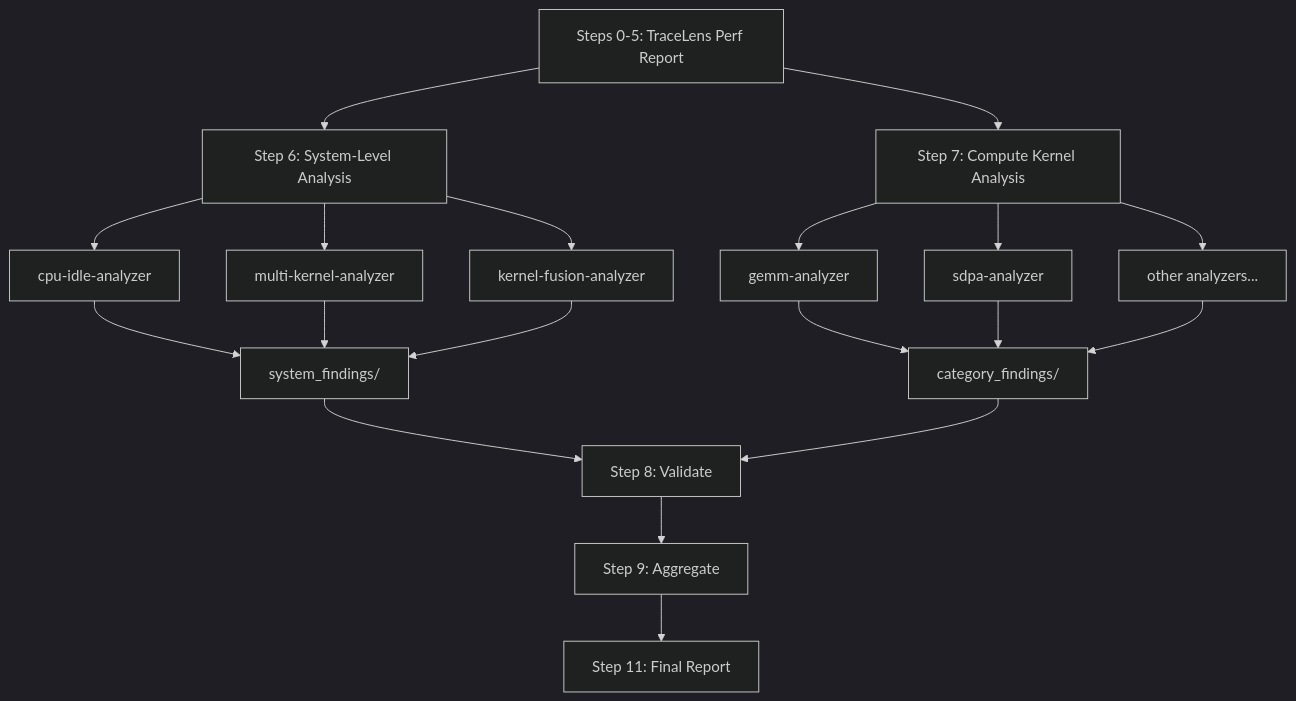
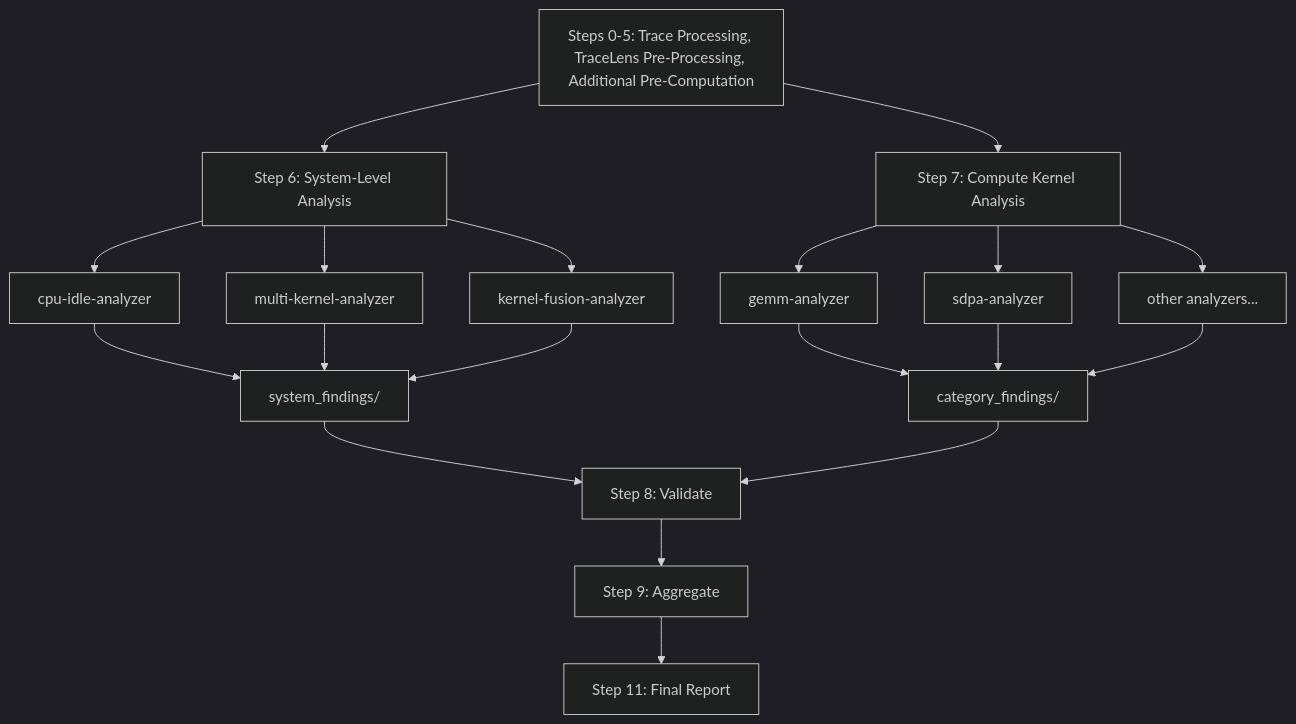
One commit to AMD-AGI/TraceLens changed the diagram in TraceLens/AgenticMode/Standalone/README.md. Above: the diagram before and after it, drawn with Mermaid (dark theme). The commit also changed other lines of this file and 1 other file, not shown here.

````diff
--- a/TraceLens/AgenticMode/Standalone/README.md
+++ b/TraceLens/AgenticMode/Standalone/README.md
@@ -142,25 +155,25 @@
 ```mermaid
 flowchart TD
-    Prep["Steps 0-5: TraceLens Perf Report"]
+    Prep["Steps 0-5: Trace Processing, TraceLens Pre-Processing, Additional Pre-Computation"]
     Prep --> Step6["Step 6: System-Level Analysis"]
     Prep --> Step7["Step 7: Compute Kernel Analysis"]
 
     Step6 --> CpuIdle["cpu-idle-analyzer"]
     Step6 --> MultiKernel["multi-kernel-analyzer"]
     Step6 --> KernelFusion["kernel-fusion-analyzer"]
     CpuIdle --> SysFindings["system_findings/"]
     MultiKernel --> SysFindings
     KernelFusion --> SysFindings
 
     Step7 --> Gemm["gemm-analyzer"]
     Step7 --> Sdpa["sdpa-analyzer"]
     Step7 --> Others["other analyzers..."]
     Gemm --> CatFindings["category_findings/"]
     Sdpa --> CatFindings
     Others --> CatFindings
 
     SysFindings --> Step8["Step 8: Validate"]
     CatFindings --> Step8
     Step8 --> Step9["Step 9: Aggregate"]
     Step9 --> Step11["Step 11: Final Report"]
 ```
````
